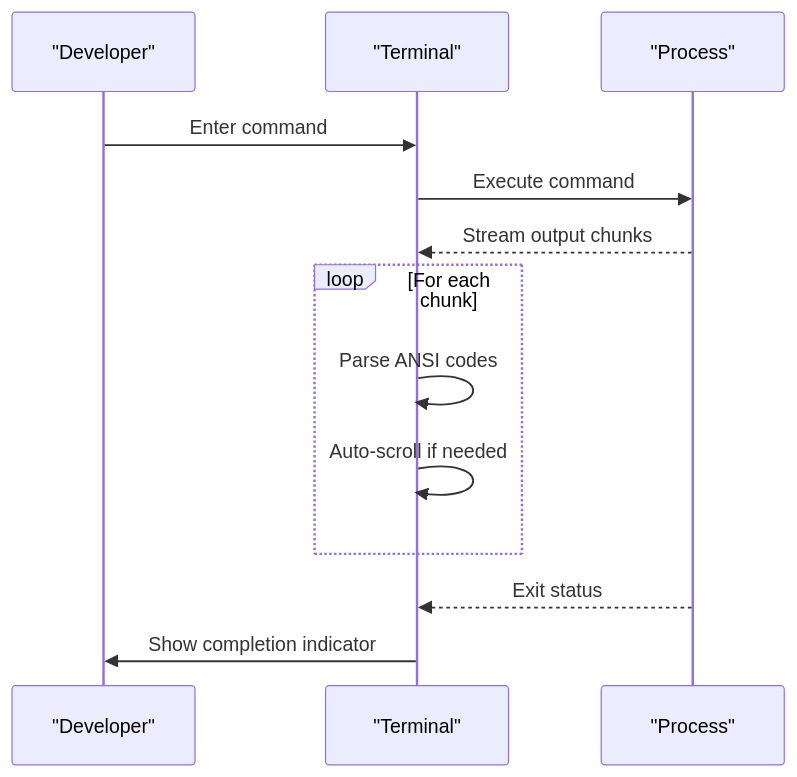
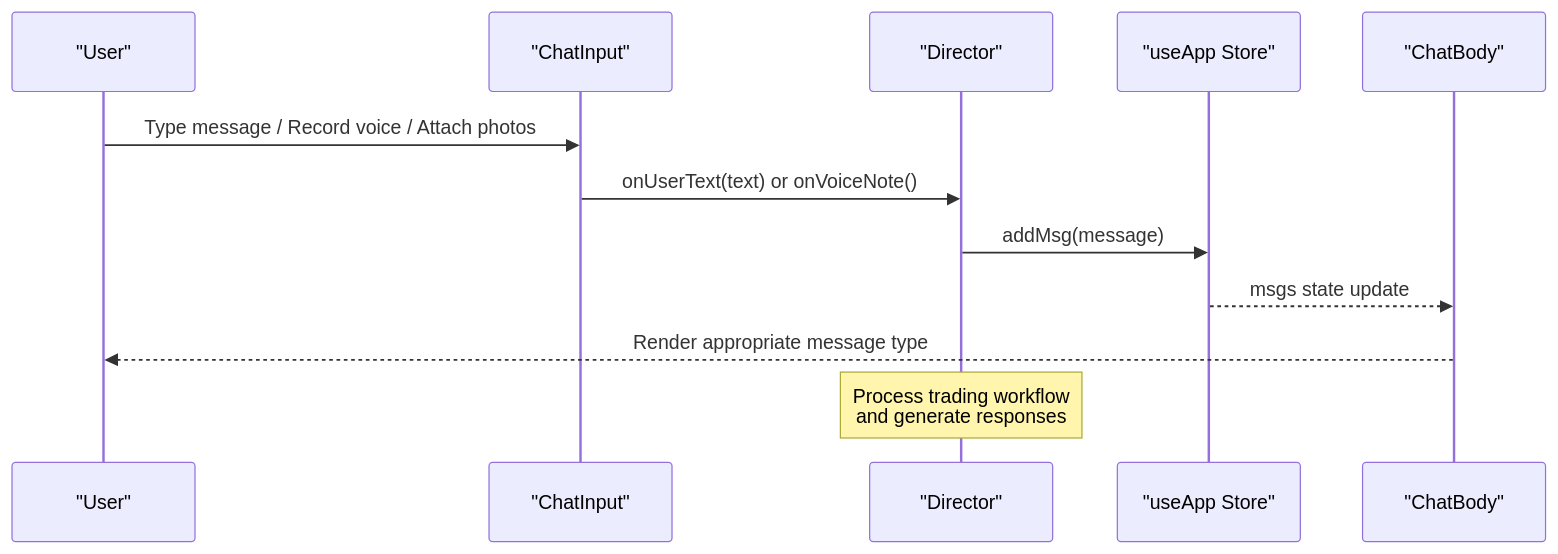
Before and after one commit to MudassarAbrar/FreshRoute-Ai: the second of 4 diagrams in .qoder/repowiki/en/content/AI Integration/AI Elements Interface.md, drawn with Mermaid. The commit also changed other lines of this file and 10 other files, not shown here.

````diff
--- a/.qoder/repowiki/en/content/AI Integration/AI Elements Interface.md
+++ b/.qoder/repowiki/en/content/AI Integration/AI Elements Interface.md
@@ -360,15 +117,14 @@
 ```mermaid
 sequenceDiagram
-participant Dev as "Developer"
-participant TERM as "Terminal"
-participant PROC as "Process"
-Dev->>TERM : Enter command
-TERM->>PROC : Execute command
-PROC-->>TERM : Stream output chunks
-loop For each chunk
-TERM->>TERM : Parse ANSI codes
-TERM->>TERM : Auto-scroll if needed
-end
-PROC-->>TERM : Exit status
-TERM->>Dev : Show completion indicator
+participant User as "User"
+participant CI as "ChatInput"
+participant DIR as "Director"
+participant STORE as "useApp Store"
+participant CB as "ChatBody"
+User->>CI : Type message / Record voice / Attach photos
+CI->>DIR : onUserText(text) or onVoiceNote()
+DIR->>STORE : addMsg(message)
+STORE-->>CB : msgs state update
+CB-->>User : Render appropriate message type
+Note over DIR : Process trading workflow<br/>and generate responses
 ```
````
